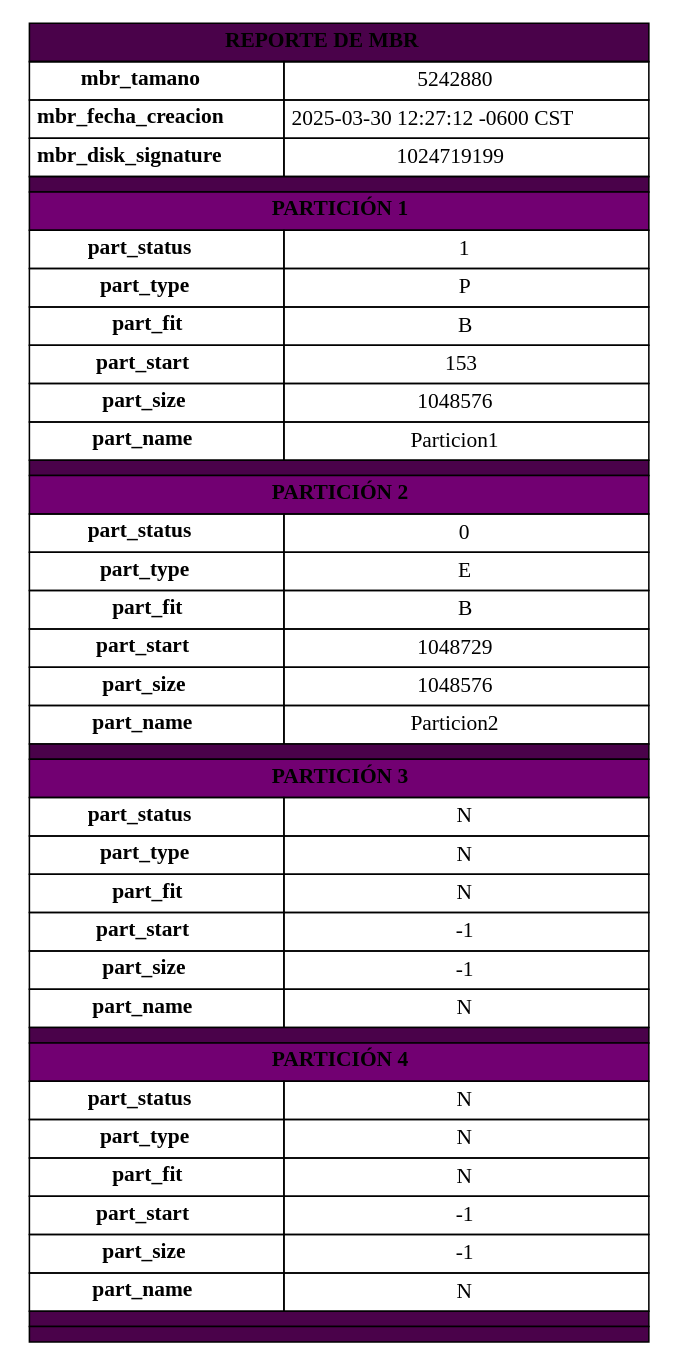
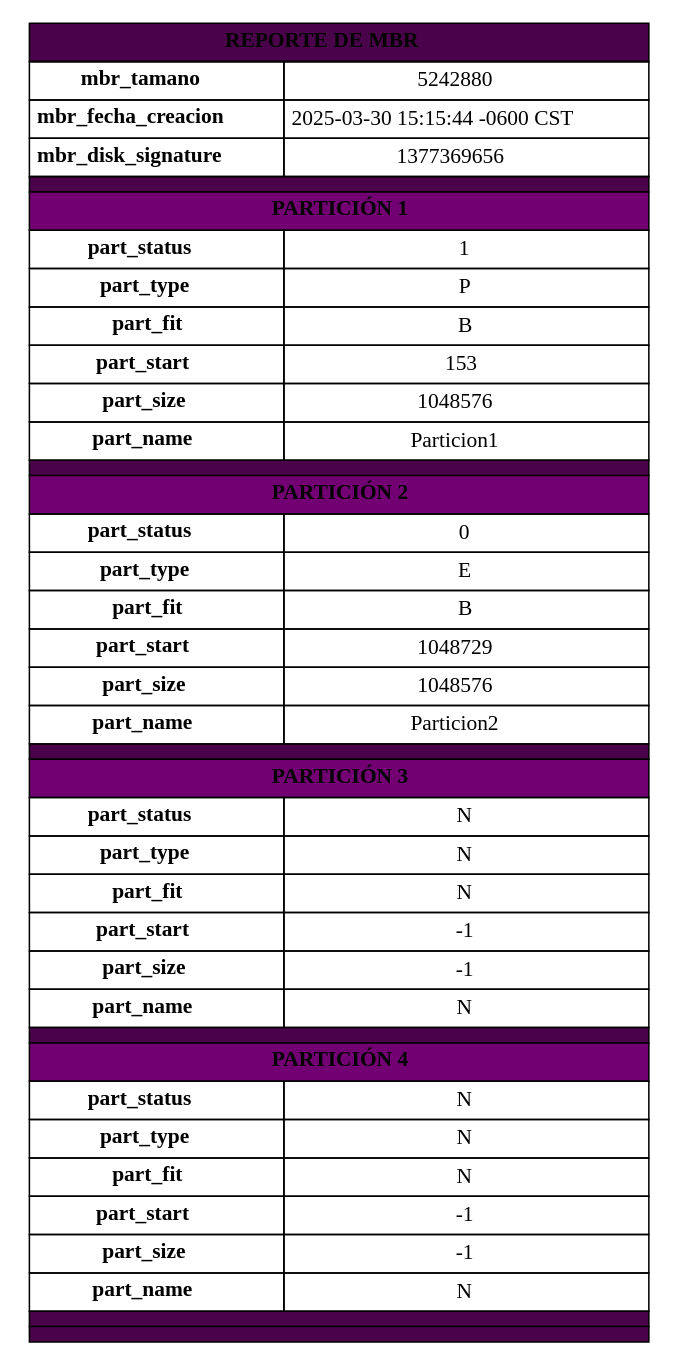
One commit to Brandon22023/MIA_1S2025_P1_202300813 changed the diagram in output/report_mbr.dot. Above: the diagram before and after it, drawn with Graphviz. The commit also changed 15 other files, not shown here.

```diff
--- a/output/report_mbr.dot
+++ b/output/report_mbr.dot
@@ -1,164 +1,164 @@
 digraph G {
 		node [shape=plaintext]
 		tabla [label=<
 			<table border="0" cellborder="1" cellspacing="0" cellpadding="4" style="rounded; font-family:Arial; font-size:12px;">
 				<!-- Encabezado principal -->
 				<tr>
 					<td colspan="2" bgcolor="#4A024A" style="color:white; font-size:16px; padding:8px; border-top-left-radius:8px; border-top-right-radius:8px;">
 						<b>REPORTE DE MBR</b>
 					</td>
 				</tr>
 				
 				<!-- Datos del MBR -->
 				<tr bgcolor="#EAD3EA">
 					<td><b>mbr_tamano</b></td>
 					<td>5242880</td>
 				</tr>
 				<tr>
 					<td><b>mbr_fecha_creacion</b></td>
-					<td>2025-03-30 12:27:12 -0600 CST</td>
+					<td>2025-03-30 15:15:44 -0600 CST</td>
 				</tr>
 				<tr bgcolor="#EAD3EA">
 					<td><b>mbr_disk_signature</b></td>
-					<td>1024719199</td>
+					<td>1377369656</td>
 				</tr>
 				
 				<!-- Separador visual -->
 				<tr><td colspan="2" height="4" bgcolor="#4A024A"></td></tr>
             <!-- Partición 1 -->
             <tr>
                 <td colspan="2" bgcolor="#720072" style="color:white; font-size:14px; padding:6px;">
                     <b>PARTICIÓN 1</b>
                 </td>
             </tr>
             <tr bgcolor="#F5D0F5">
                 <td><b>part_status</b></td>
                 <td>1</td>
             </tr>
             <tr>
                 <td><b>part_type</b></td>
                 <td>P</td>
             </tr>
             <tr bgcolor="#F5D0F5">
                 <td><b>part_fit</b></td>
                 <td>B</td>
             </tr>
             <tr>
                 <td><b>part_start</b></td>
                 <td>153</td>
             </tr>
             <tr bgcolor="#F5D0F5">
                 <td><b>part_size</b></td>
                 <td>1048576</td>
             </tr>
             <tr>
                 <td><b>part_name</b></td>
                 <td>Particion1</td>
             </tr>
             
             <!-- Separador visual entre particiones -->
             <tr><td colspan="2" height="4" bgcolor="#4A024A"></td></tr>
             <!-- Partición 2 -->
             <tr>
                 <td colspan="2" bgcolor="#720072" style="color:white; font-size:14px; padding:6px;">
                     <b>PARTICIÓN 2</b>
                 </td>
             </tr>
             <tr bgcolor="#F5D0F5">
                 <td><b>part_status</b></td>
                 <td>0</td>
             </tr>
             <tr>
                 <td><b>part_type</b></td>
                 <td>E</td>
             </tr>
             <tr bgcolor="#F5D0F5">
                 <td><b>part_fit</b></td>
                 <td>B</td>
             </tr>
             <tr>
                 <td><b>part_start</b></td>
                 <td>1048729</td>
             </tr>
             <tr bgcolor="#F5D0F5">
                 <td><b>part_size</b></td>
                 <td>1048576</td>
             </tr>
             <tr>
                 <td><b>part_name</b></td>
                 <td>Particion2</td>
             </tr>
             
             <!-- Separador visual entre particiones -->
             <tr><td colspan="2" height="4" bgcolor="#4A024A"></td></tr>
             <!-- Partición 3 -->
             <tr>
                 <td colspan="2" bgcolor="#720072" style="color:white; font-size:14px; padding:6px;">
                     <b>PARTICIÓN 3</b>
                 </td>
             </tr>
             <tr bgcolor="#F5D0F5">
                 <td><b>part_status</b></td>
                 <td>N</td>
             </tr>
             <tr>
                 <td><b>part_type</b></td>
                 <td>N</td>
             </tr>
             <tr bgcolor="#F5D0F5">
                 <td><b>part_fit</b></td>
                 <td>N</td>
             </tr>
             <tr>
                 <td><b>part_start</b></td>
                 <td>-1</td>
             </tr>
             <tr bgcolor="#F5D0F5">
                 <td><b>part_size</b></td>
                 <td>-1</td>
             </tr>
             <tr>
                 <td><b>part_name</b></td>
                 <td>N</td>
             </tr>
             
             <!-- Separador visual entre particiones -->
             <tr><td colspan="2" height="4" bgcolor="#4A024A"></td></tr>
             <!-- Partición 4 -->
             <tr>
                 <td colspan="2" bgcolor="#720072" style="color:white; font-size:14px; padding:6px;">
                     <b>PARTICIÓN 4</b>
                 </td>
             </tr>
             <tr bgcolor="#F5D0F5">
                 <td><b>part_status</b></td>
                 <td>N</td>
             </tr>
             <tr>
                 <td><b>part_type</b></td>
                 <td>N</td>
             </tr>
             <tr bgcolor="#F5D0F5">
                 <td><b>part_fit</b></td>
                 <td>N</td>
             </tr>
             <tr>
                 <td><b>part_start</b></td>
                 <td>-1</td>
             </tr>
             <tr bgcolor="#F5D0F5">
                 <td><b>part_size</b></td>
                 <td>-1</td>
             </tr>
             <tr>
                 <td><b>part_name</b></td>
                 <td>N</td>
             </tr>
             
             <!-- Separador visual entre particiones -->
             <tr><td colspan="2" height="4" bgcolor="#4A024A"></td></tr>
 	<!-- Pie de tabla -->
 	<tr>
 		<td colspan="2" bgcolor="#4A024A" style="border-bottom-left-radius:8px; border-bottom-right-radius:8px; height:4px;"></td>
 	</tr>
 	</table>>] }"
```
